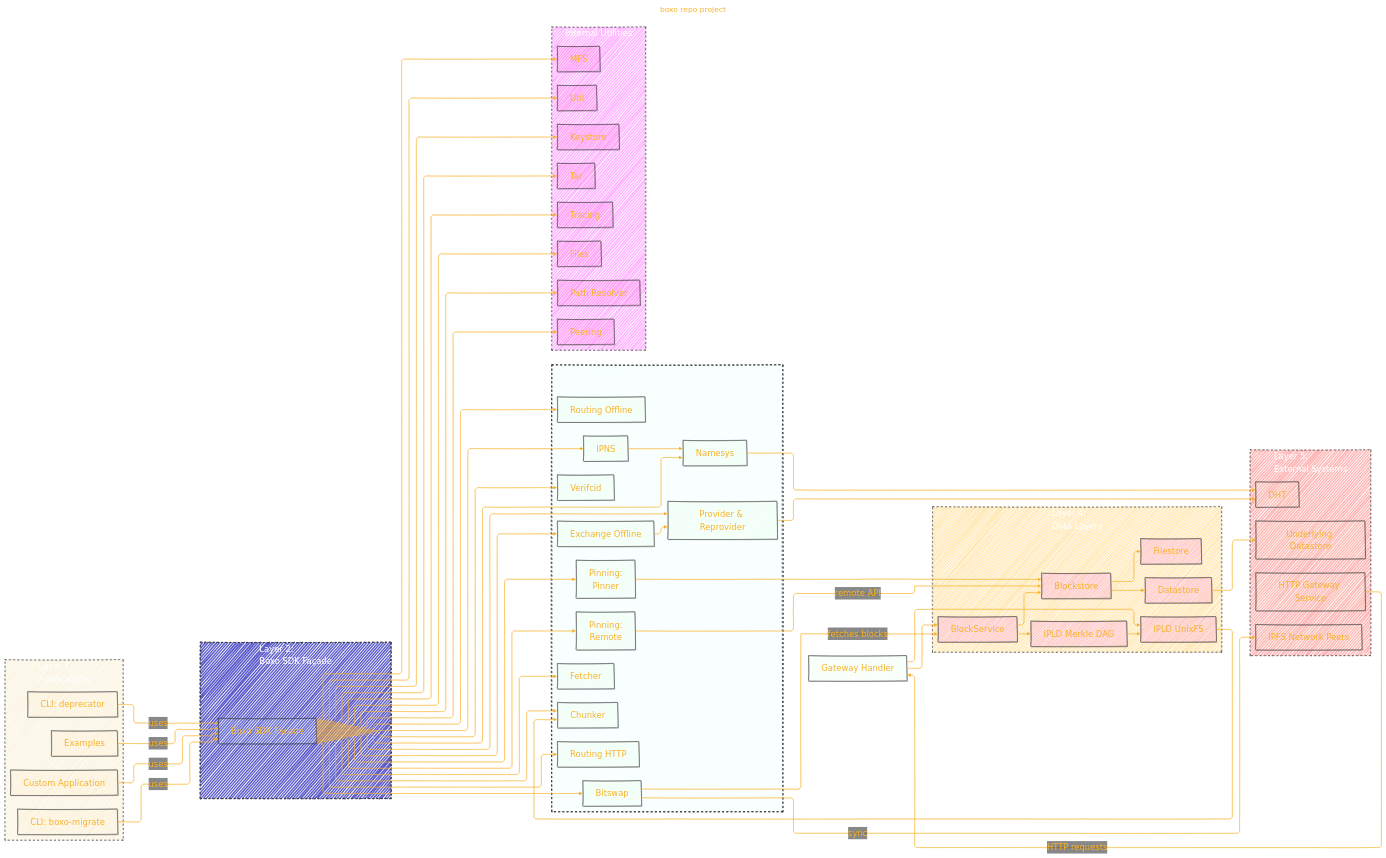
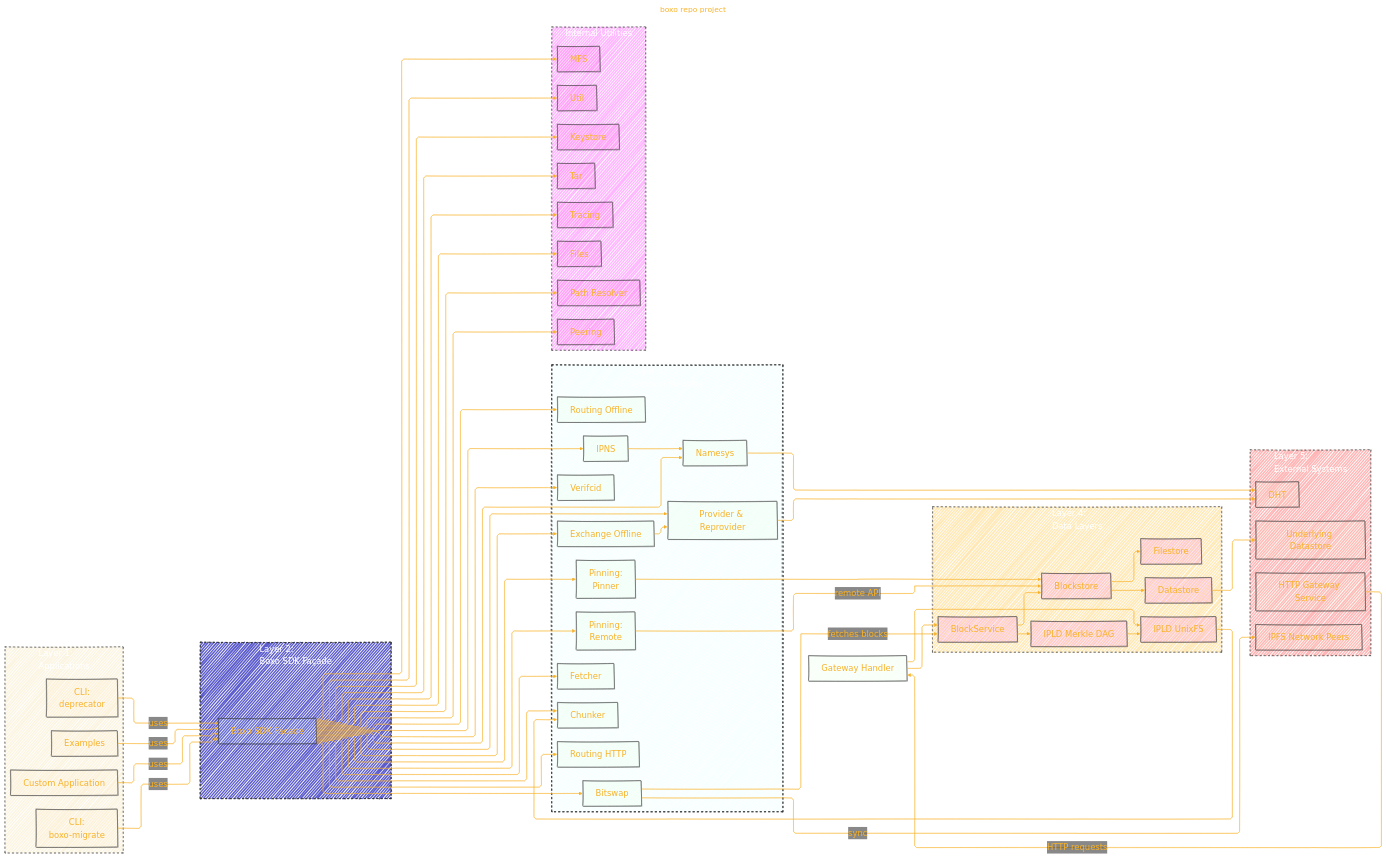
Before and after one commit to CongLeSolutionX/ArchExplorer: the first of 2 diagrams in IPFS/boxo_repo_project.md, drawn with Mermaid.

Commit message:
update notes

```diff
--- a/IPFS/boxo_repo_project.md
+++ b/IPFS/boxo_repo_project.md
@@ -71,8 +71,8 @@
   style Layer_1 fill:#DA22,stroke:#333,stroke-width:1px,stroke-dasharray: 5 5, color:#FFFF
   direction TB
     App["Custom Application"]:::frontend
-    CLI1["CLI: boxo-migrate"]:::frontend
-    CLI2["CLI: deprecator"]:::frontend
+    CLI1["CLI:<br/>boxo-migrate"]:::frontend
+    CLI2["CLI:<br/>deprecator"]:::frontend
     Examples["Examples"]:::frontend
   end
 
```
